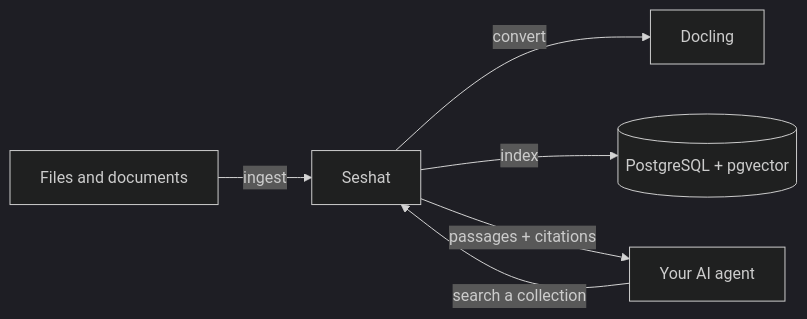
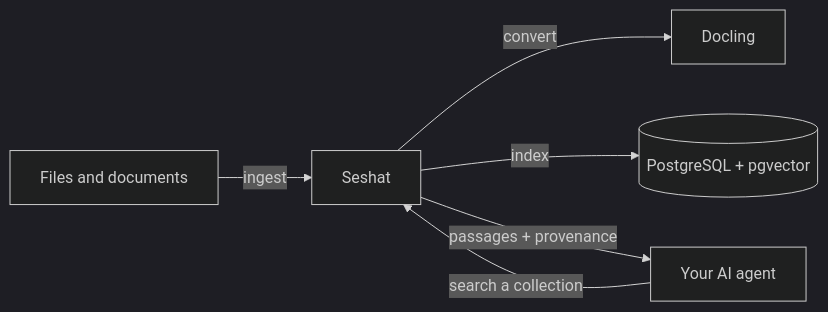
Before and after one commit to thehapyone/Seshat: the diagram in README.md, drawn with Mermaid (dark theme). The commit also changed other lines of this file and 19 other files, not shown here.

````diff
--- a/README.md
+++ b/README.md
@@ -7,8 +7,8 @@
 ```mermaid
 flowchart LR
     Sources[Files and documents] -->|ingest| Seshat[Seshat]
     Seshat -->|convert| Docling[Docling]
     Seshat -->|index| Store[(PostgreSQL + pgvector)]
     Agent[Your AI agent] -->|search a collection| Seshat
-    Seshat -->|passages + citations| Agent
+    Seshat -->|passages + provenance| Agent
 ```
````
